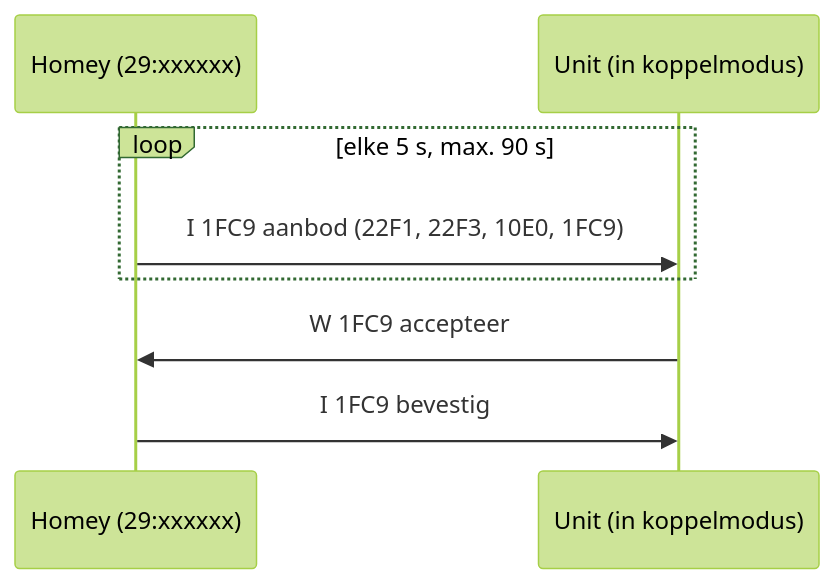
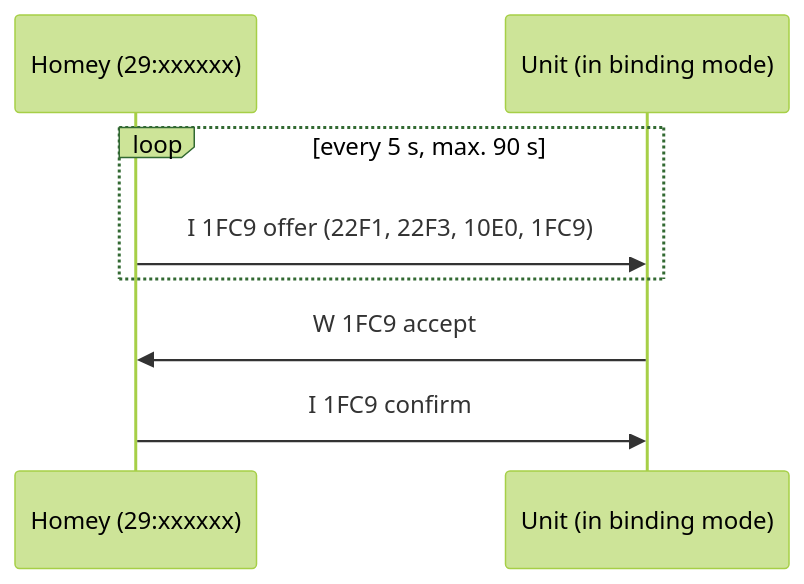
Before and after one commit to starredev/homey-ramses-esp: the diagram in docs/protocol.md, drawn with Mermaid (forest theme). The commit also changed other lines of this file and 29 other files, not shown here.

````diff
--- a/docs/protocol.md
+++ b/docs/protocol.md
@@ -88,10 +89,10 @@
 ```mermaid
 sequenceDiagram
     participant H as Homey (29:xxxxxx)
-    participant U as Unit (in koppelmodus)
-    loop elke 5 s, max. 90 s
-        H->>U: I 1FC9 aanbod (22F1, 22F3, 10E0, 1FC9)
+    participant U as Unit (in binding mode)
+    loop every 5 s, max. 90 s
+        H->>U: I 1FC9 offer (22F1, 22F3, 10E0, 1FC9)
     end
-    U->>H: W 1FC9 accepteer
-    H->>U: I 1FC9 bevestig
+    U->>H: W 1FC9 accept
+    H->>U: I 1FC9 confirm
 ```
````
